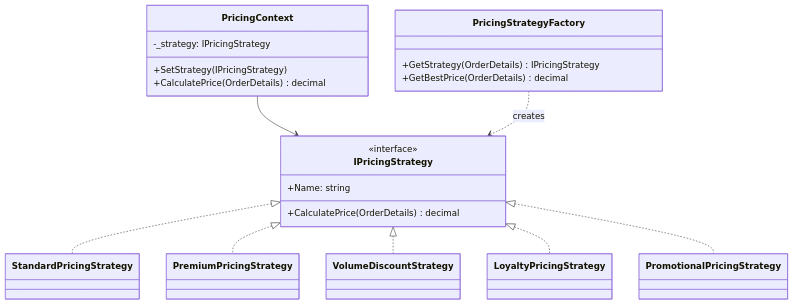
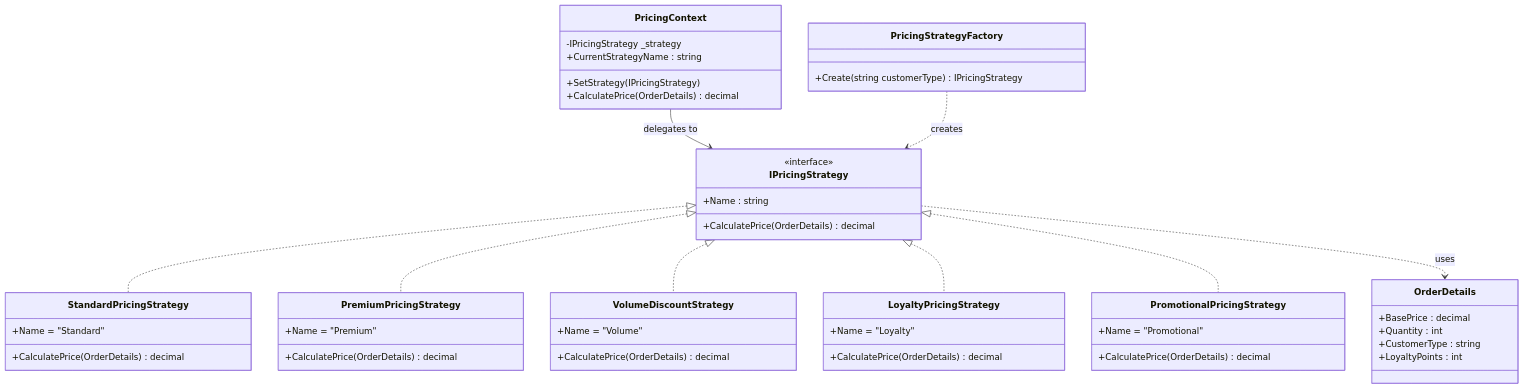
The first of 2 diagrams in src/DesignPatterns.Behavioral/Strategy/README.md (senapatisantosh/DotnetAdvanceDesignPattern), drawn with Mermaid before and after one commit. The commit also changed other lines of this file, not shown here.

First line of the commit message:
fix: update Strategy pattern README

````diff
--- a/src/DesignPatterns.Behavioral/Strategy/README.md
+++ b/src/DesignPatterns.Behavioral/Strategy/README.md
@@ -75,30 +75,60 @@
 ```mermaid
 classDiagram
     class IPricingStrategy {
         <<interface>>
-        +Name: string
+        +Name : string
         +CalculatePrice(OrderDetails) decimal
     }
+
     class PricingContext {
-        -_strategy: IPricingStrategy
+        -IPricingStrategy _strategy
+        +CurrentStrategyName : string
         +SetStrategy(IPricingStrategy)
         +CalculatePrice(OrderDetails) decimal
     }
-    class StandardPricingStrategy
-    class PremiumPricingStrategy
-    class VolumeDiscountStrategy
-    class LoyaltyPricingStrategy
-    class PromotionalPricingStrategy
+
     class PricingStrategyFactory {
-        +GetStrategy(OrderDetails) IPricingStrategy
-        +GetBestPrice(OrderDetails) decimal
+        +Create(string customerType) IPricingStrategy
     }
 
-    PricingContext --> IPricingStrategy
+    class StandardPricingStrategy {
+        +Name = "Standard"
+        +CalculatePrice(OrderDetails) decimal
+    }
+
+    class PremiumPricingStrategy {
+        +Name = "Premium"
+        +CalculatePrice(OrderDetails) decimal
+    }
+
+    class VolumeDiscountStrategy {
+        +Name = "Volume"
+        +CalculatePrice(OrderDetails) decimal
+    }
+
+    class LoyaltyPricingStrategy {
+        +Name = "Loyalty"
+        +CalculatePrice(OrderDetails) decimal
+    }
+
+    class PromotionalPricingStrategy {
+        +Name = "Promotional"
+        +CalculatePrice(OrderDetails) decimal
+    }
+
+    class OrderDetails {
+        +BasePrice : decimal
+        +Quantity : int
+        +CustomerType : string
+        +LoyaltyPoints : int
+    }
+
+    PricingContext --> IPricingStrategy : delegates to
+    PricingStrategyFactory ..> IPricingStrategy : creates
     IPricingStrategy <|.. StandardPricingStrategy
     IPricingStrategy <|.. PremiumPricingStrategy
     IPricingStrategy <|.. VolumeDiscountStrategy
     IPricingStrategy <|.. LoyaltyPricingStrategy
     IPricingStrategy <|.. PromotionalPricingStrategy
-    PricingStrategyFactory ..> IPricingStrategy : creates
+    IPricingStrategy ..> OrderDetails : uses
 ```
````
